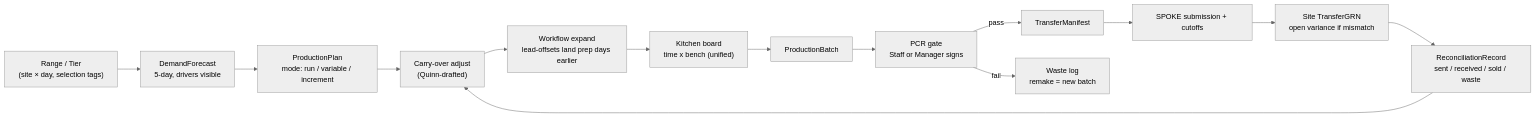
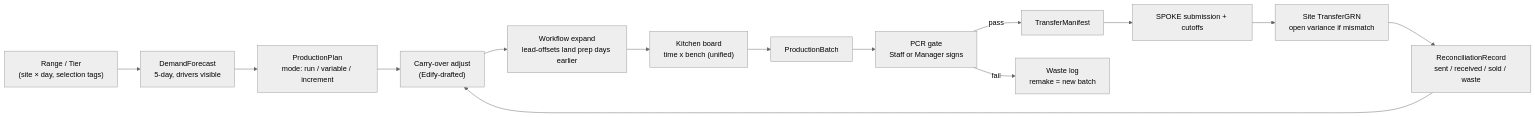
Before and after one commit to ninamck/edify-ai-prototype: the diagram in PRODUCTION_BRIEF.md, drawn with Mermaid (neutral theme). The commit also changed other lines of this file and 6 other files, not shown here.

First line of the commit message:
Add EDIFY-PRODUCT-VOICE.md and purge Quinn from the context docs

````diff
--- a/PRODUCTION_BRIEF.md
+++ b/PRODUCTION_BRIEF.md
@@ -104,16 +104,16 @@
 ```mermaid
 flowchart LR
     Assortment["Range / Tier<br/>(site × day, selection tags)"] --> Forecast["DemandForecast<br/>5-day, drivers visible"]
     Forecast --> Plan["ProductionPlan<br/>mode: run / variable / increment"]
-    Plan --> Carry["Carry-over adjust<br/>(Quinn-drafted)"]
+    Plan --> Carry["Carry-over adjust<br/>(Edify-drafted)"]
     Carry --> Expand["Workflow expand<br/>lead-offsets land prep days earlier"]
     Expand --> Board["Kitchen board<br/>time x bench (unified)"]
     Board --> Batch["ProductionBatch"]
     Batch --> PCR["PCR gate<br/>Staff or Manager signs"]
     PCR -->|pass| Manifest["TransferManifest"]
     PCR -->|fail| Waste["Waste log<br/>remake = new batch"]
     Manifest --> SpokeFlow["SPOKE submission + cutoffs"]
     SpokeFlow --> GRN["Site TransferGRN<br/>open variance if mismatch"]
     GRN --> Recon["ReconciliationRecord<br/>sent / received / sold / waste"]
     Recon --> Carry
 ```
````
